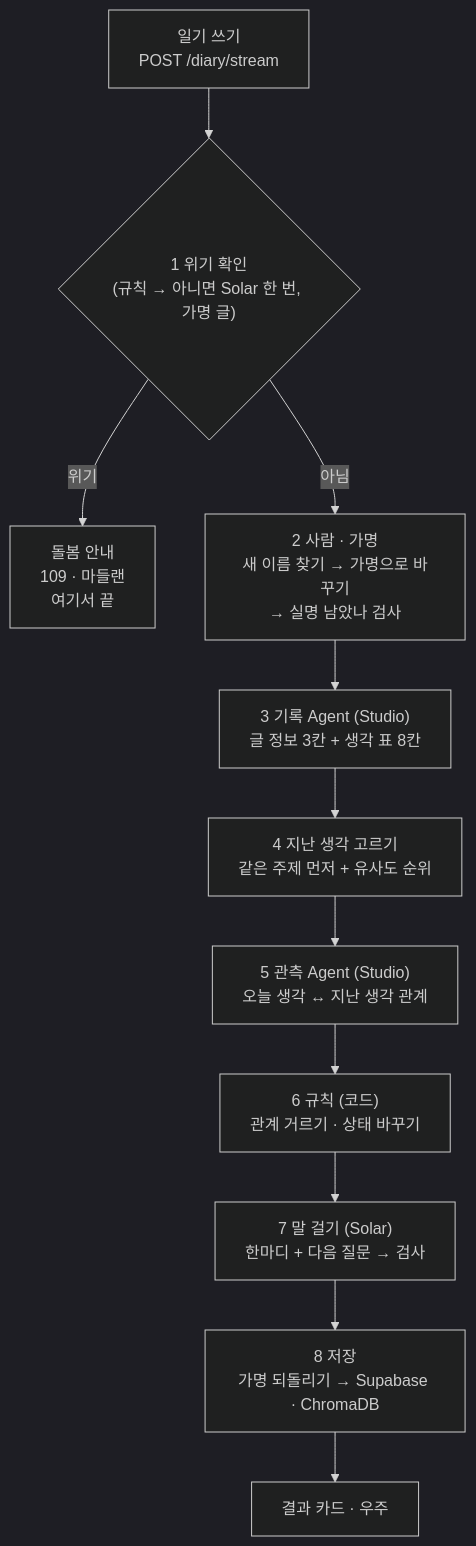
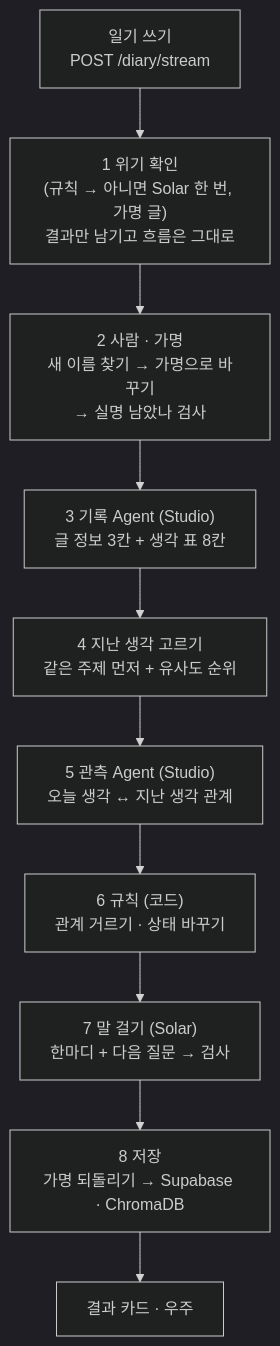
The second of 4 diagrams in docs/tech-explainer-v8.md (Lumiere001/my-universe), drawn with Mermaid (dark theme) before and after one commit. The commit also changed other lines of this file and 48 other files, not shown here.

````diff
--- a/docs/tech-explainer-v8.md
+++ b/docs/tech-explainer-v8.md
@@ -136,13 +137,12 @@
 ```mermaid
 flowchart TD
-    A["일기 쓰기<br/>POST /diary/stream"] --> S1{"1 위기 확인<br/>(규칙 → 아니면 Solar 한 번, 가명 글)"}
-    S1 -- "위기" --> CARE["돌봄 안내<br/>109 · 마들랜<br/>여기서 끝"]
-    S1 -- "아님" --> S2["2 사람 · 가명<br/>새 이름 찾기 → 가명으로 바꾸기<br/>→ 실명 남았나 검사"]
+    A["일기 쓰기<br/>POST /diary/stream"] --> S1["1 위기 확인<br/>(규칙 → 아니면 Solar 한 번, 가명 글)<br/>결과만 남기고 흐름은 그대로"]
+    S1 --> S2["2 사람 · 가명<br/>새 이름 찾기 → 가명으로 바꾸기<br/>→ 실명 남았나 검사"]
     S2 --> S3["3 기록 Agent (Studio)<br/>글 정보 3칸 + 생각 표 8칸"]
     S3 --> S4["4 지난 생각 고르기<br/>같은 주제 먼저 + 유사도 순위"]
     S4 --> S5["5 관측 Agent (Studio)<br/>오늘 생각 ↔ 지난 생각 관계"]
     S5 --> S6["6 규칙 (코드)<br/>관계 거르기 · 상태 바꾸기"]
     S6 --> S7["7 말 걸기 (Solar)<br/>한마디 + 다음 질문 → 검사"]
     S7 --> S8["8 저장<br/>가명 되돌리기 → Supabase · ChromaDB"]
     S8 --> R["결과 카드 · 우주"]
 ```
````
